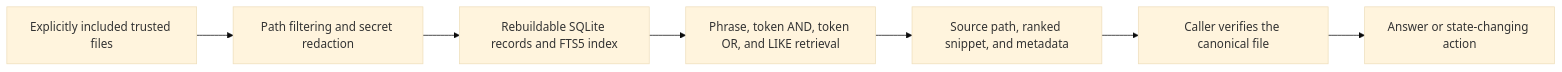
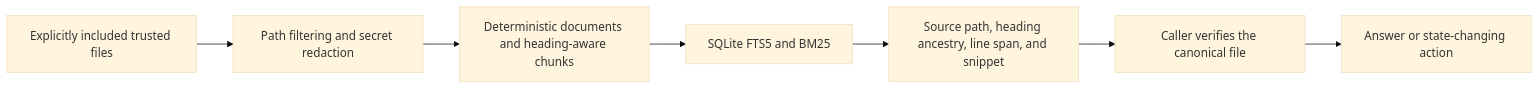
One commit to hskl18/boring-agent-memory changed the diagram in docs/architecture.md. Above: the diagram before and after it, drawn with Mermaid (base theme). The commit also changed other lines of this file and 53 other files, not shown here.

````diff
--- a/docs/architecture.md
+++ b/docs/architecture.md
@@ -11,9 +12,9 @@
 ```mermaid
 flowchart LR
     A["Explicitly included trusted files"] --> B["Path filtering and secret redaction"]
-    B --> C["Rebuildable SQLite records and FTS5 index"]
-    C --> D["Phrase, token AND, token OR, and LIKE retrieval"]
-    D --> E["Source path, ranked snippet, and metadata"]
+    B --> C["Deterministic documents and heading-aware chunks"]
+    C --> D["SQLite FTS5 and BM25"]
+    D --> E["Source path, heading ancestry, line span, and snippet"]
     E --> F["Caller verifies the canonical file"]
     F --> G["Answer or state-changing action"]
 ```
````
